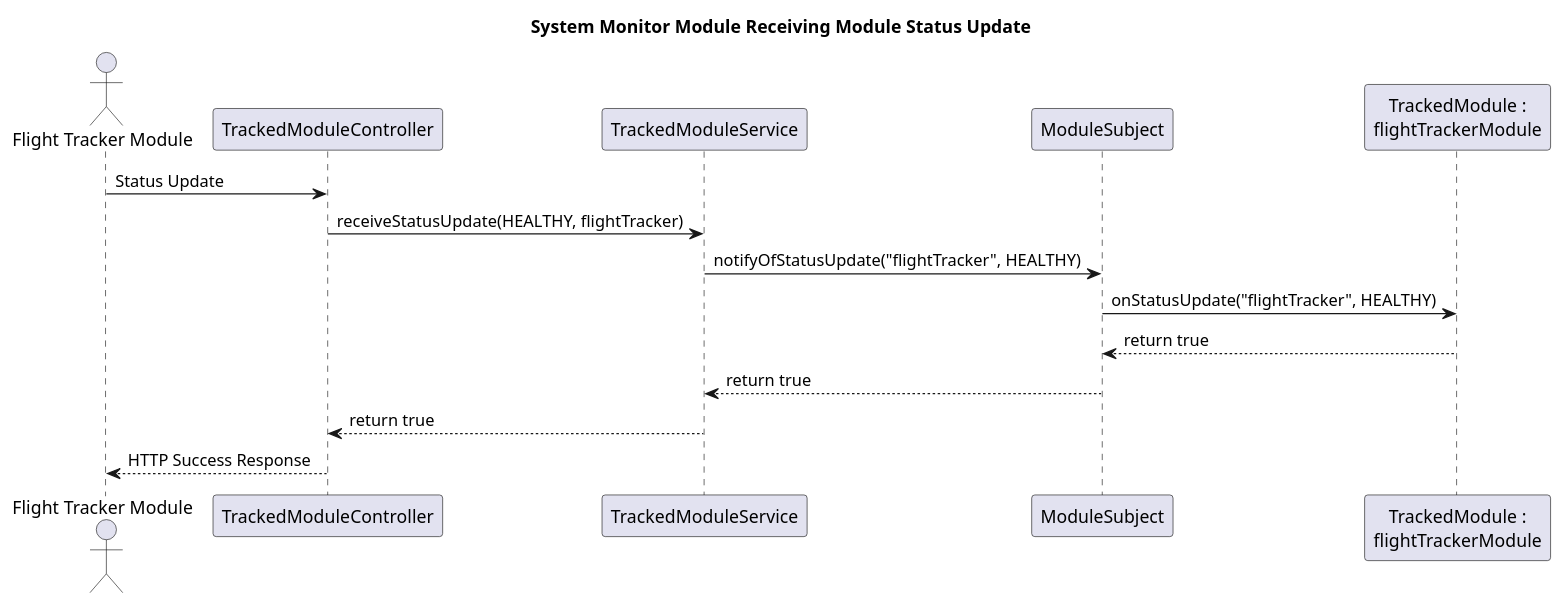
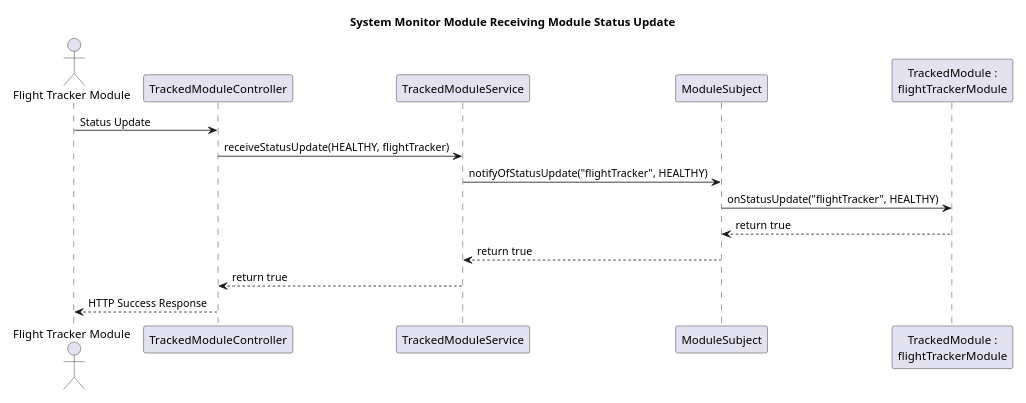
The seventh of 7 diagrams in cscie97/asn5/design.md (erikorlowski/cscie97), drawn with PlantUML before and after one commit. The commit also changed other lines of this file, not shown here.

````diff
--- a/cscie97/asn5/design.md
+++ b/cscie97/asn5/design.md
@@ -922,19 +930,20 @@
 ```plantuml
 @startuml
 title System Monitor Module Receiving Module Status Update
+scale max 800 width
 actor "Flight Tracker Module" as extern
 participant TrackedModuleController as ctrl
 participant TrackedModuleService as svc
 participant ModuleSubject as sbt
 participant "TrackedModule :\nflightTrackerModule" as ft
 
 extern -> ctrl : Status Update
 ctrl -> svc : receiveStatusUpdate(HEALTHY, flightTracker)
 svc -> sbt : notifyOfStatusUpdate("flightTracker", HEALTHY)
 sbt -> ft : onStatusUpdate("flightTracker", HEALTHY)
 ft --> sbt : return true
 sbt --> svc : return true
 svc --> ctrl : return true
 ctrl --> extern : HTTP Success Response
 @enduml
 ```
````
